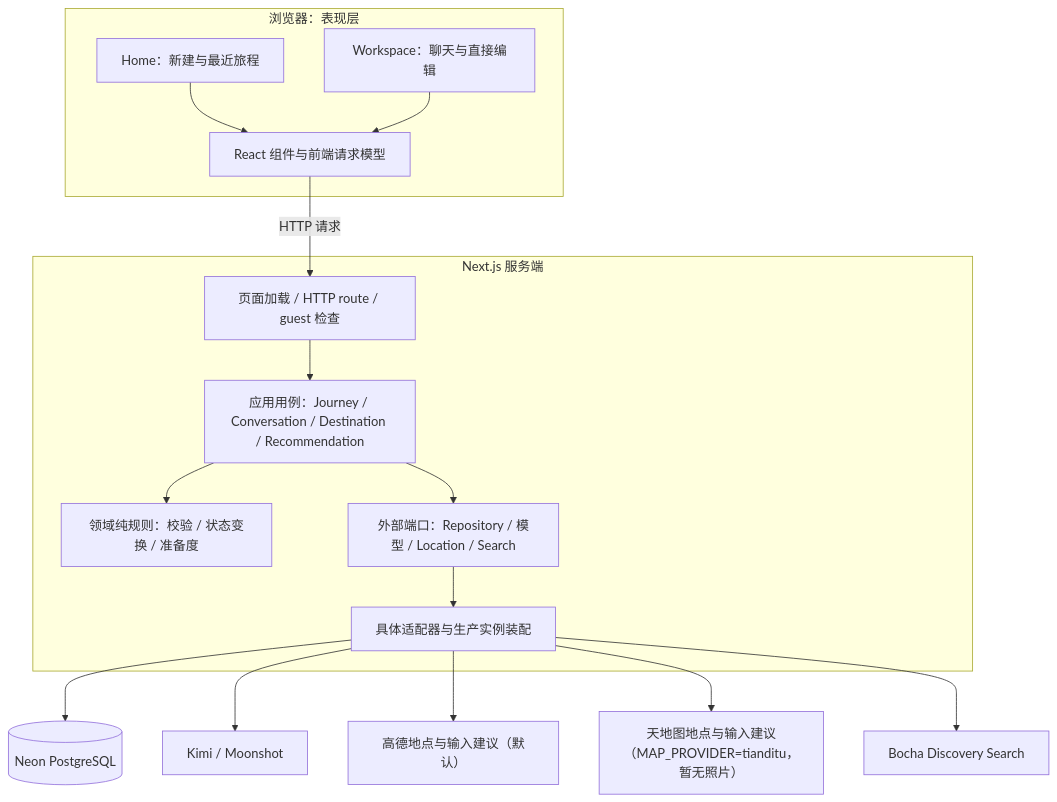
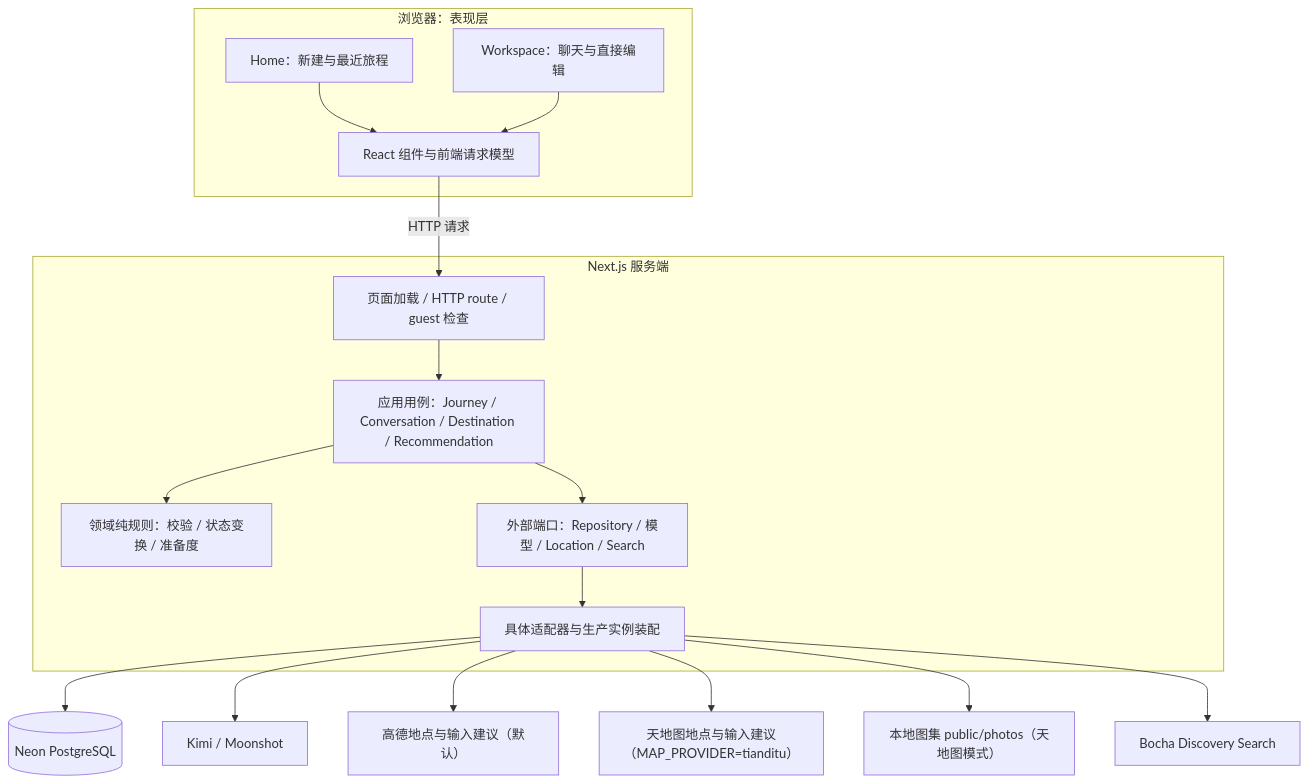
Before and after one commit to meiyulin22/Meri-Road-Trip: the first of 6 diagrams in docs/ARCHITECTURE.md, drawn with Mermaid. The commit also changed other lines of this file and 13 other files, not shown here.

````diff
--- a/docs/ARCHITECTURE.md
+++ b/docs/ARCHITECTURE.md
@@ -9,27 +9,28 @@
 ```mermaid
 flowchart TB
   subgraph browser[浏览器：表现层]
     home[Home：新建与最近旅程]
     workspace[Workspace：聊天与直接编辑]
     ui[React 组件与前端请求模型]
     home --> ui
     workspace --> ui
   end
   subgraph server[Next.js 服务端]
     entry[页面加载 / HTTP route / guest 检查]
     usecase[应用用例：Journey / Conversation / Destination / Recommendation]
     domain[领域纯规则：校验 / 状态变换 / 准备度]
     ports[外部端口：Repository / 模型 / Location / Search]
     adapters[具体适配器与生产实例装配]
     entry --> usecase
     usecase --> domain
     usecase --> ports
     ports --> adapters
   end
   ui -->|HTTP 请求| entry
   adapters --> db[(Neon PostgreSQL)]
   adapters --> kimi[Kimi / Moonshot]
   adapters --> amap[高德地点与输入建议（默认）]
-  adapters --> tianditu[天地图地点与输入建议（MAP_PROVIDER=tianditu，暂无照片）]
+  adapters --> tianditu[天地图地点与输入建议（MAP_PROVIDER=tianditu）]
+  adapters --> catalog[本地图集 public/photos（天地图模式）]
   adapters --> bocha[Bocha Discovery Search]
 ```
````
